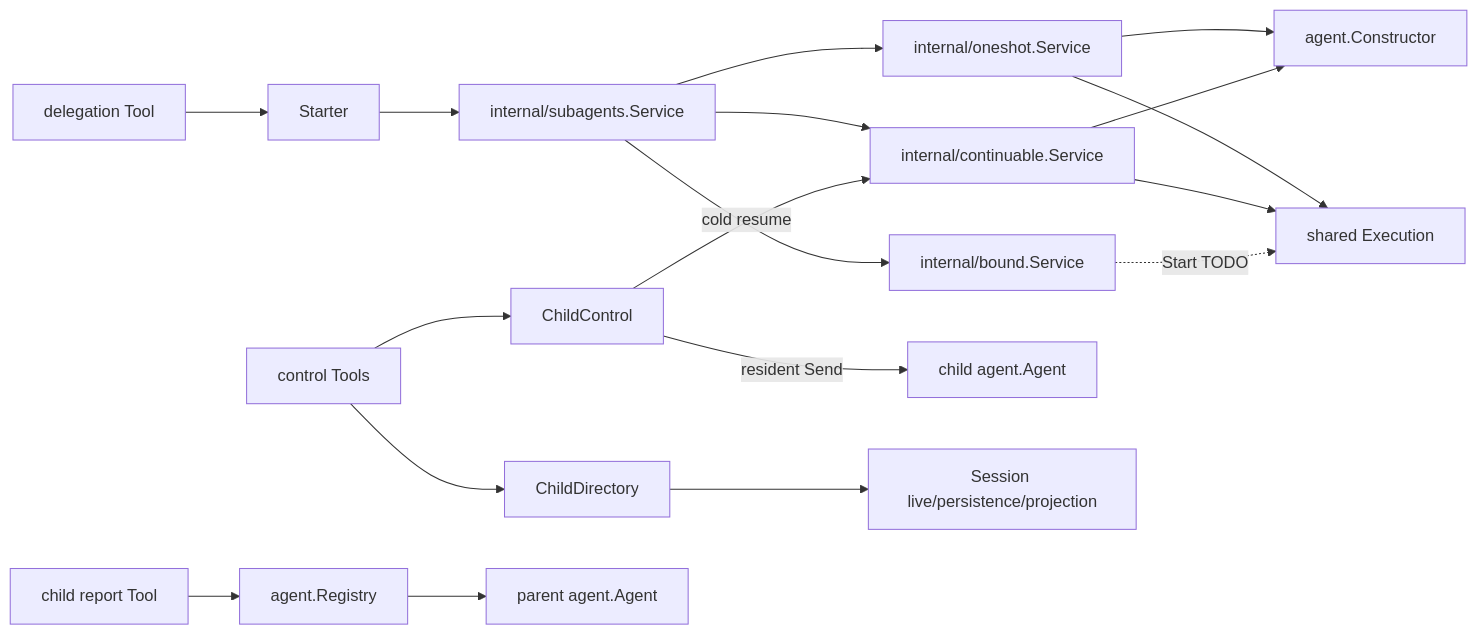
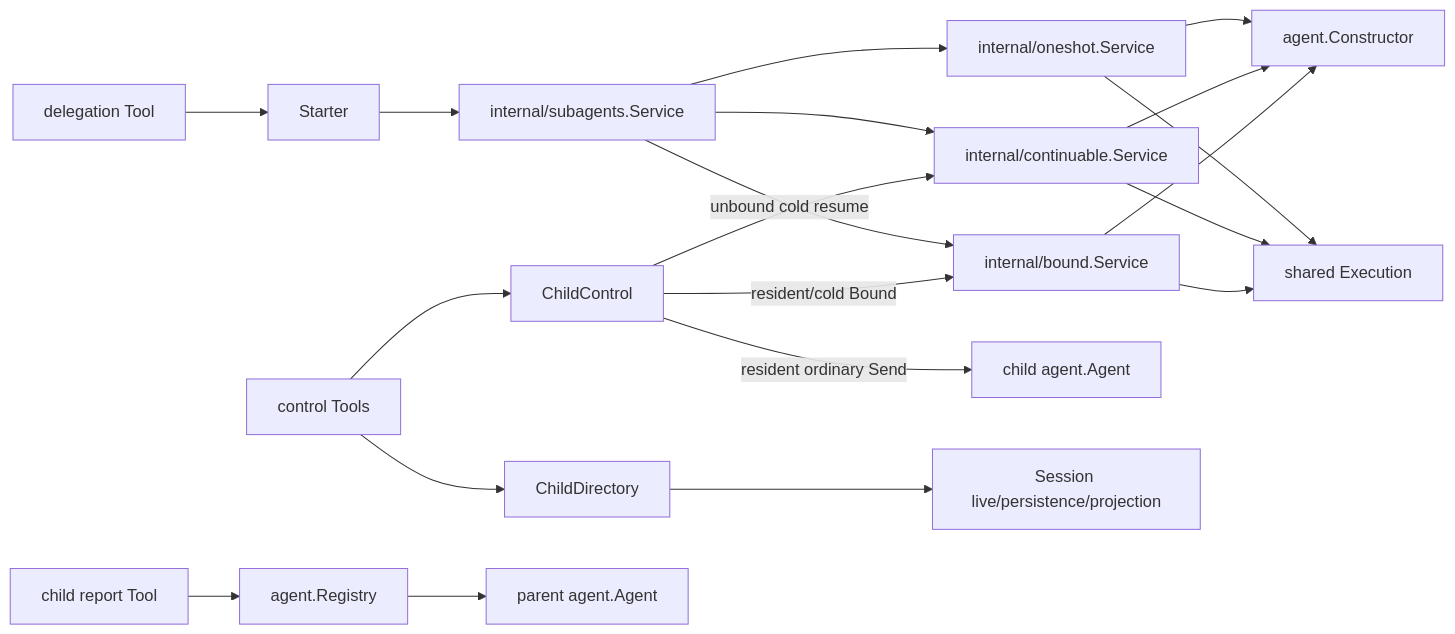
One commit to gorenx/goren changed the diagram in subagent/README.zh-CN.md. Above: the diagram before and after it, drawn with Mermaid. The commit also changed other lines of this file and 13 other files, not shown here.

````diff
--- a/subagent/README.zh-CN.md
+++ b/subagent/README.zh-CN.md
@@ -57,20 +57,22 @@
 ```mermaid
 flowchart LR
     Tool[delegation Tool] --> Starter
     Starter[Starter] --> Service[internal/subagents.Service]
     Service --> OneShot[internal/oneshot.Service]
     Service --> Continuable[internal/continuable.Service]
     Service --> Bound[internal/bound.Service]
     OneShot --> Constructor[agent.Constructor]
     Continuable --> Constructor
     OneShot --> Execution[shared Execution]
     Continuable --> Execution
-    Bound -. Start TODO .-> Execution
+    Bound --> Constructor
+    Bound --> Execution
     Control[control Tools] --> ChildControl
-    ChildControl -->|resident Send| ChildAgent[child agent.Agent]
-    ChildControl -->|cold resume| Continuable
+    ChildControl -->|resident ordinary Send| ChildAgent[child agent.Agent]
+    ChildControl -->|resident/cold Bound| Bound
+    ChildControl -->|unbound cold resume| Continuable
     Control --> Directory[ChildDirectory]
     Report[child report Tool] --> Registry[agent.Registry]
     Registry --> ParentAgent[parent agent.Agent]
     Directory --> Sessions[Session live/persistence/projection]
 ```
````
